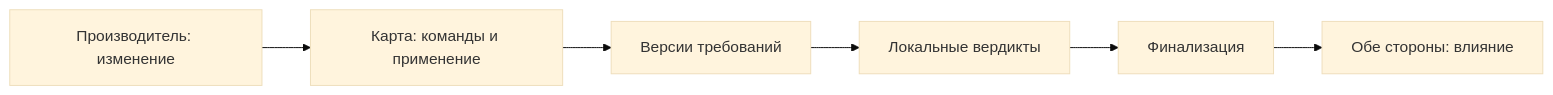
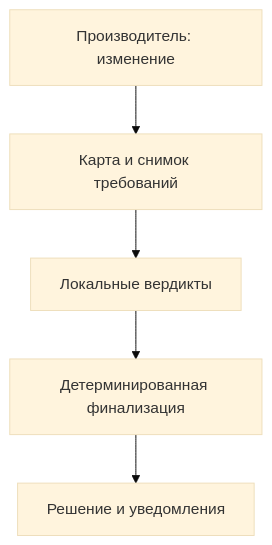
One commit to rengalaxies/agent changed the diagram in docs/dubovitsky-brief-2026-09-27.md. Above: the diagram before and after it, drawn with Mermaid (base theme). The commit also changed other lines of this file, not shown here.

````diff
--- a/docs/dubovitsky-brief-2026-09-27.md
+++ b/docs/dubovitsky-brief-2026-09-27.md
@@ -27,8 +31,7 @@
 ```mermaid
-flowchart LR
-  A["Производитель: изменение"] --> B["Карта: команды и применение"]
-  B --> C["Версии требований"]
-  C --> D["Локальные вердикты"]
-  D --> E["Финализация"]
-  E --> F["Обе стороны: влияние"]
+flowchart TD
+  A["Производитель: изменение"] --> B["Карта и снимок требований"]
+  B --> C["Локальные вердикты"]
+  C --> D["Детерминированная финализация"]
+  D --> E["Решение и уведомления"]
 ```
````
